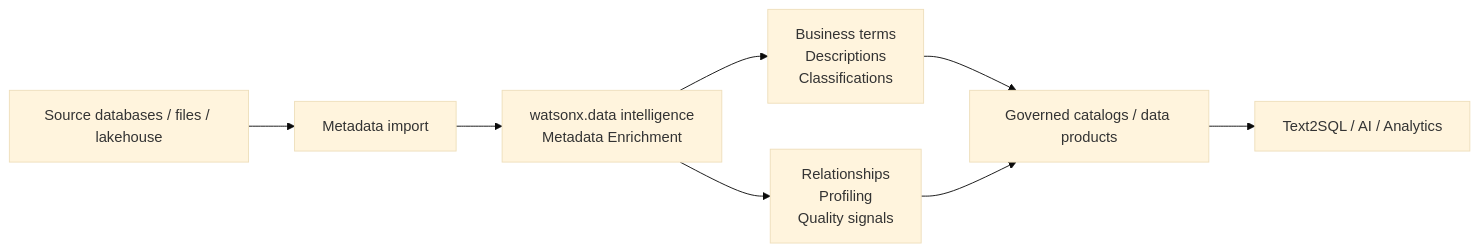
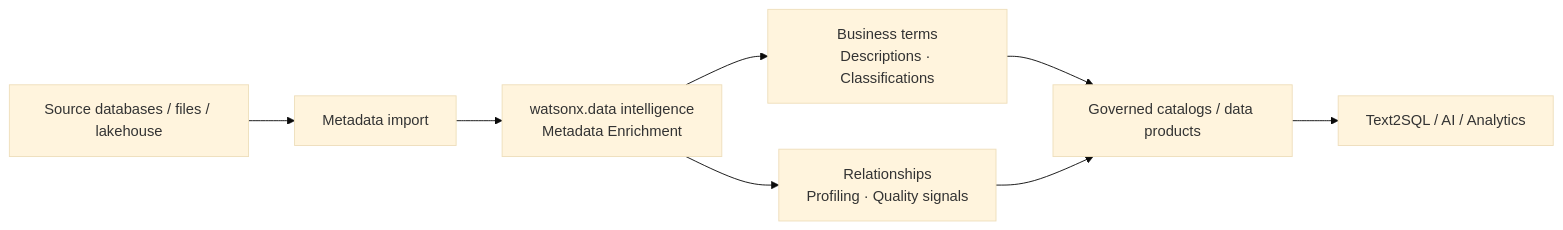
One commit to ibm-self-serve-assets/building-blocks2.0 changed the diagram in docs-src/data-core/context/metadata-enrichment/index.md. Above: the diagram before and after it, drawn with Mermaid (base theme). The commit also changed other lines of this file and 14 other files, not shown here.

````diff
--- a/docs-src/data-core/context/metadata-enrichment/index.md
+++ b/docs-src/data-core/context/metadata-enrichment/index.md
@@ -40,10 +63,10 @@
 ```mermaid
 flowchart LR
     S["Source databases / files / lakehouse"] --> M["Metadata import"]
     M --> E["watsonx.data intelligence<br/>Metadata Enrichment"]
-    E --> B["Business terms<br/>Descriptions<br/>Classifications"]
-    E --> R["Relationships<br/>Profiling<br/>Quality signals"]
+    E --> B["Business terms<br/>Descriptions · Classifications"]
+    E --> R["Relationships<br/>Profiling · Quality signals"]
     B --> C["Governed catalogs / data products"]
     R --> C
     C --> T["Text2SQL / AI / Analytics"]
 ```
````
